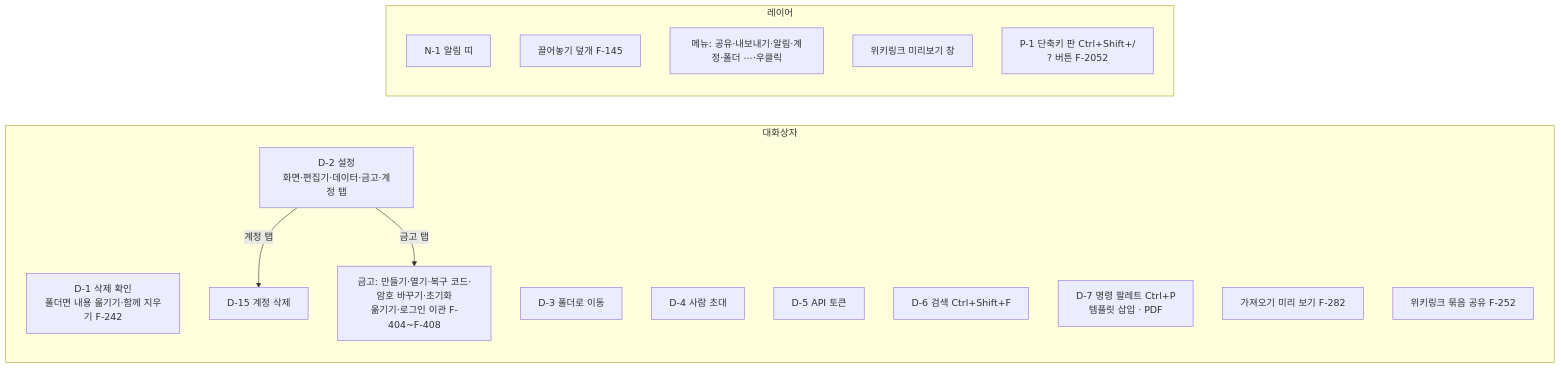
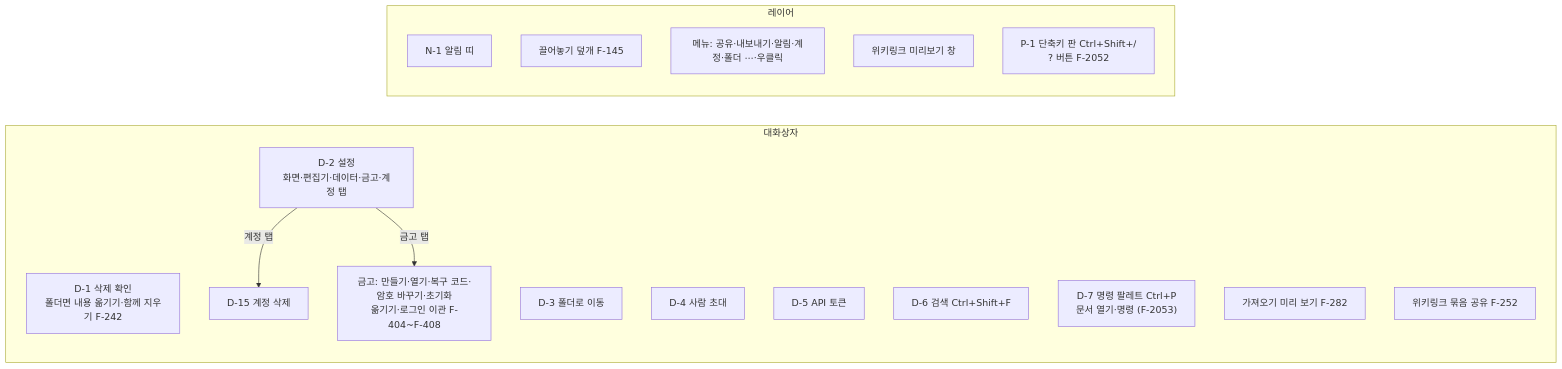
Before and after one commit to R00neyj/rawdoc: the fourth of 5 diagrams in specs/map.md, drawn with Mermaid. The commit also changed other lines of this file and 6 other files, not shown here.

````diff
--- a/specs/map.md
+++ b/specs/map.md
@@ -108,25 +109,25 @@
 ```mermaid
 flowchart LR
   subgraph dlg["대화상자"]
     D1["D-1 삭제 확인<br/>폴더면 내용 옮기기·함께 지우기 F-242"]
     D2["D-2 설정<br/>화면·편집기·데이터·금고·계정 탭"]
     D3["D-3 폴더로 이동"]
     D4["D-4 사람 초대"]
     D5["D-5 API 토큰"]
     D6["D-6 검색 Ctrl+Shift+F"]
-    D7["D-7 명령 팔레트 Ctrl+P<br/>템플릿 삽입 · PDF"]
+    D7["D-7 명령 팔레트 Ctrl+P<br/>문서 열기·명령 (F-2053)"]
     D15["D-15 계정 삭제"]
     imp["가져오기 미리 보기 F-282"]
     set["위키링크 묶음 공유 F-252"]
     vault["금고: 만들기·열기·복구 코드·암호 바꾸기·초기화<br/>옮기기·로그인 이관 F-404~F-408"]
   end
   subgraph layer["레이어"]
     N1["N-1 알림 띠"]
     drop["끌어놓기 덮개 F-145"]
     menus["메뉴: 공유·내보내기·알림·계정·폴더 ⋯·우클릭"]
     preview["위키링크 미리보기 창"]
     P1["P-1 단축키 판 Ctrl+Shift+/<br/>? 버튼 F-2052"]
   end
   D2 -- "계정 탭" --> D15
   D2 -- "금고 탭" --> vault
 ```
````
